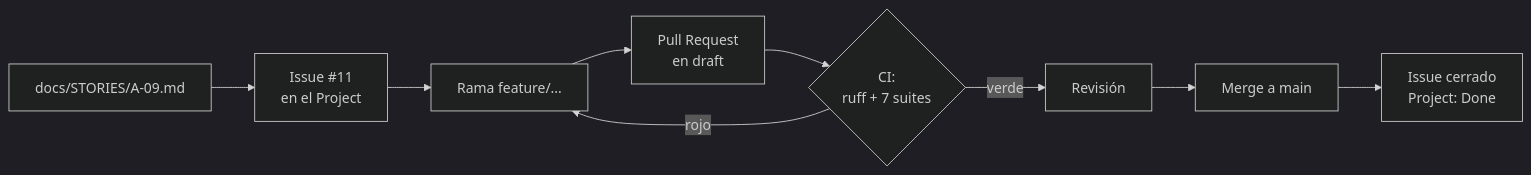
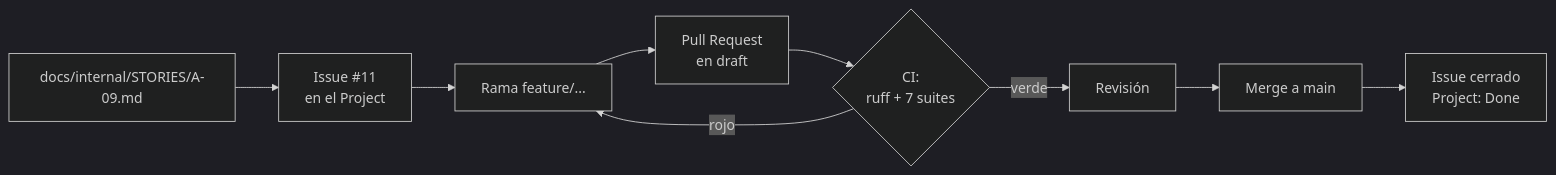
One commit to softserve-leads-inmobiliaria/SoftServe-Agente-Lead-Inmobiliaro changed the sixth of 7 diagrams in docs/archive/presentations/2026-09-24-revision-de-avance.md. Above: the diagram before and after it, drawn with Mermaid (dark theme). The commit also changed other lines of this file and 8 other files, not shown here.

````diff
--- a/docs/archive/presentations/2026-09-24-revision-de-avance.md
+++ b/docs/archive/presentations/2026-09-24-revision-de-avance.md
@@ -190,11 +190,11 @@
 ```mermaid
 flowchart LR
-    S[docs/STORIES/A-09.md] --> I[Issue #11<br/>en el Project]
+    S[docs/internal/STORIES/A-09.md] --> I[Issue #11<br/>en el Project]
     I --> BR[Rama feature/...]
     BR --> PR[Pull Request<br/>en draft]
     PR --> CI{CI:<br/>ruff + 7 suites}
     CI -->|verde| REV[Revisión]
     REV --> M[Merge a main]
     M --> D[Issue cerrado<br/>Project: Done]
     CI -->|rojo| BR
 ```
````
